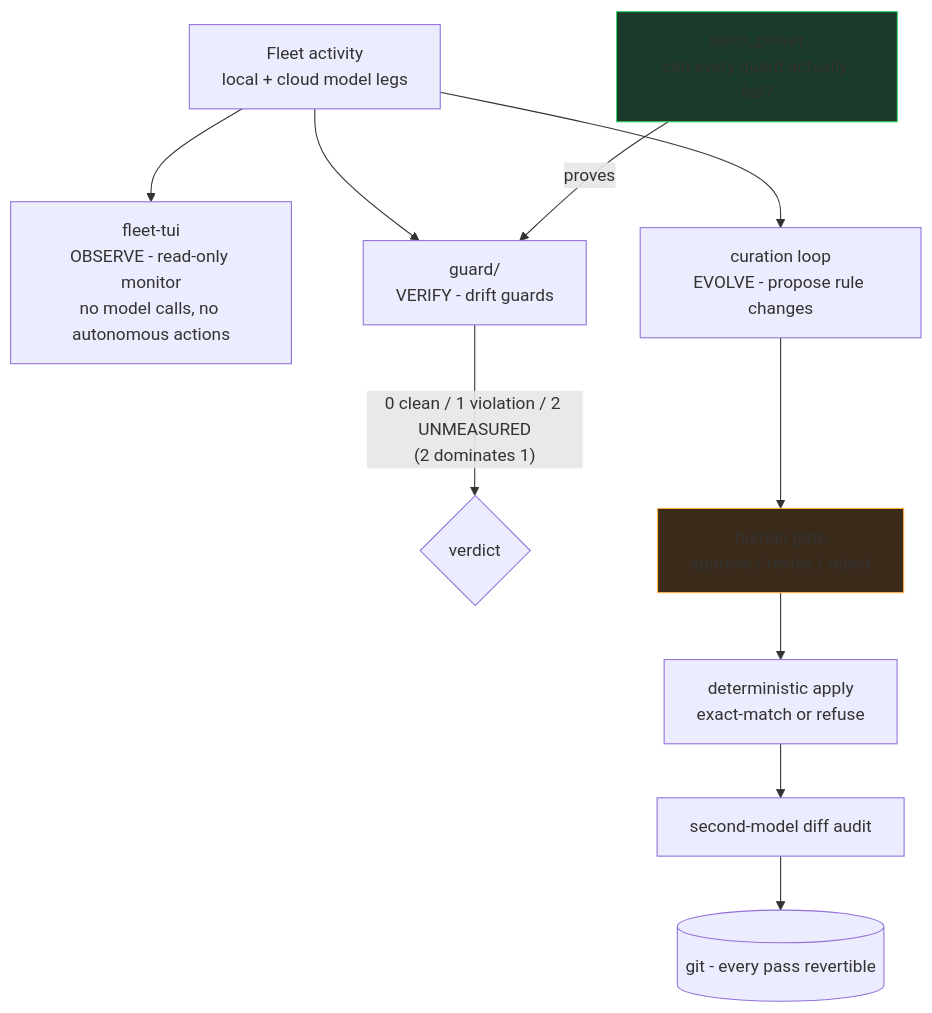
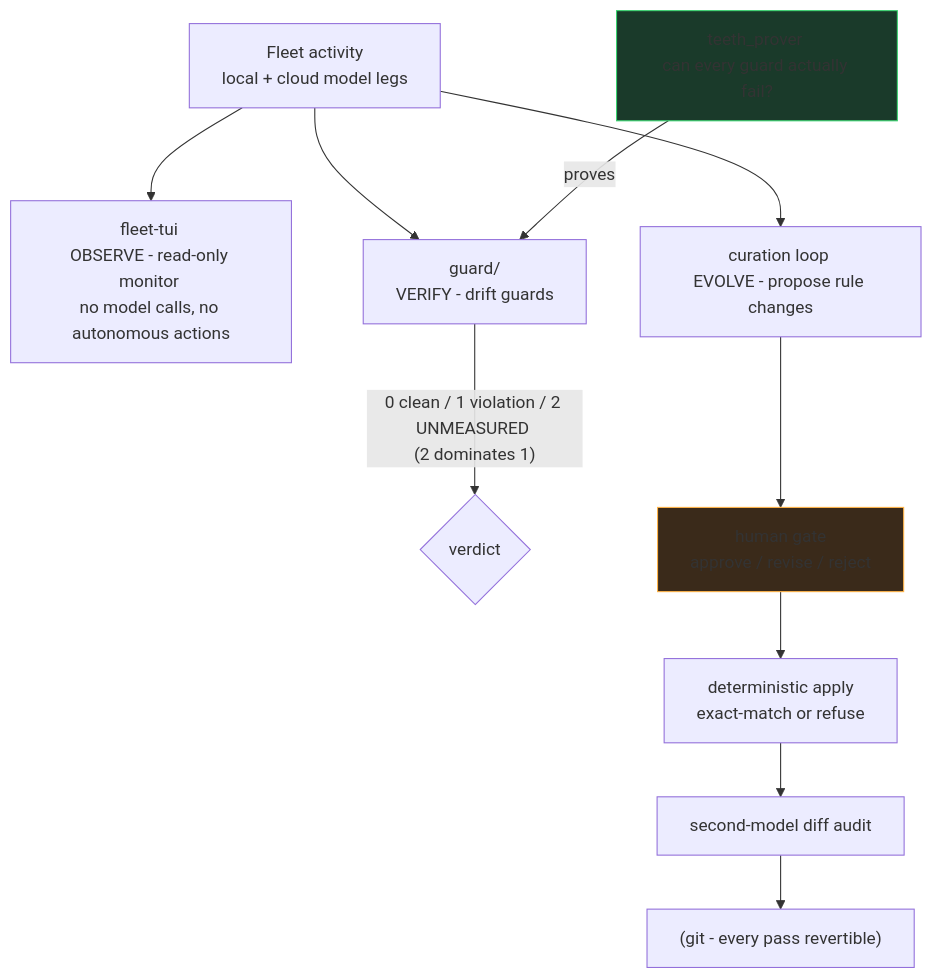
One commit to sherifican/Agent-FleetOps changed the first of 4 diagrams in README.md. Above: the diagram before and after it, drawn with Mermaid. The commit also changed other lines of this file, not shown here.

First line of the commit message:
README: fix mermaid label rendering — quote all labels, space-guard every <br/>

````diff
--- a/README.md
+++ b/README.md
@@ -14,12 +14,12 @@
 ```mermaid
 flowchart TD
-    W[Fleet activity<br/>local + cloud model legs] --> T[fleet-tui<br/>OBSERVE - read-only monitor<br/>no model calls, no autonomous actions]
-    W --> G[guard/<br/>VERIFY - drift guards]
-    TP[teeth_prover<br/>can every guard actually fail?] -->|proves| G
-    G -->|"0 clean / 1 violation / 2 UNMEASURED<br/>(2 dominates 1)"| V{verdict}
-    W --> C[curation loop<br/>EVOLVE - propose rule changes]
-    C --> H[human gate<br/>approve / revise / reject]
-    H --> A[deterministic apply<br/>exact-match or refuse] --> D[second-model diff audit] --> R[(git - every pass revertible)]
+    W["Fleet activity <br/>local + cloud model legs"] --> T["fleet-tui <br/>OBSERVE - read-only monitor <br/>no model calls, no autonomous actions"]
+    W --> G["guard/ <br/>VERIFY - drift guards"]
+    TP["teeth_prover <br/>can every guard actually fail?"] -->|proves| G
+    G -->|"0 clean / 1 violation / 2 UNMEASURED <br/>(2 dominates 1)"| V{verdict}
+    W --> C["curation loop <br/>EVOLVE - propose rule changes"]
+    C --> H["human gate <br/>approve / revise / reject"]
+    H --> A["deterministic apply <br/>exact-match or refuse"] --> D["second-model diff audit"] --> R["(git - every pass revertible)"]
     style TP fill:#1a3a2a,stroke:#39d36f
     style H fill:#3a2a1a,stroke:#ffb347
 ```
````
